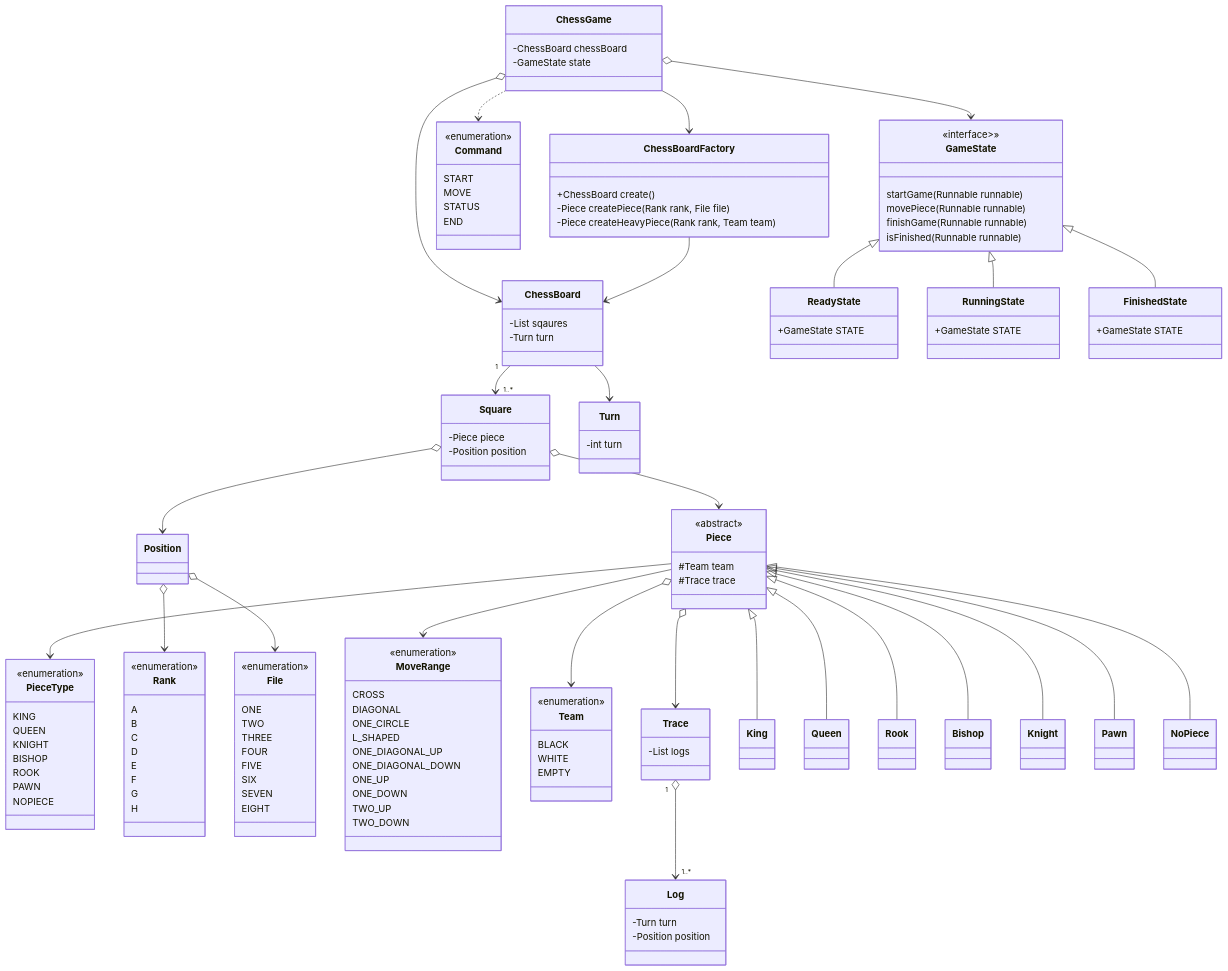
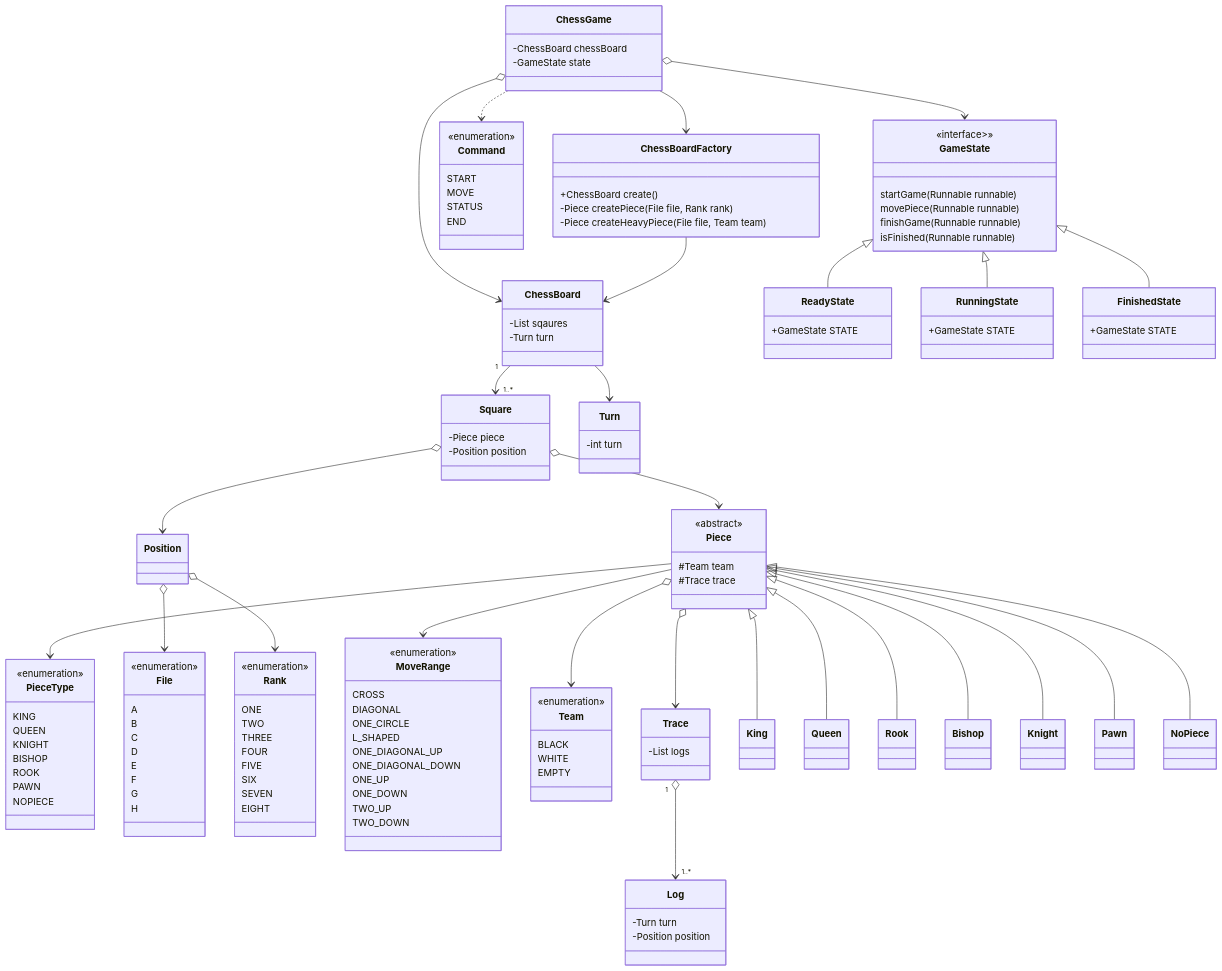
One commit to woowacourse/java-chess changed the third of 6 diagrams in docs/README.md. Above: the diagram before and after it, drawn with Mermaid. The commit also changed 19 other files, not shown here.

```diff
--- a/docs/README.md
+++ b/docs/README.md
@@ -95,8 +95,8 @@
 }
 class ChessBoardFactory{
   +ChessBoard create()
-  -Piece createPiece(Rank rank, File file)
-  -Piece createHeavyPiece(Rank rank, Team team)
+  -Piece createPiece(File file, Rank rank)
+  -Piece createHeavyPiece(File file, Team team)
 }
 class Square{
   -Piece piece
@@ -134,7 +134,7 @@
 
 Position
 
-class Rank{
+class File{
 <<enumeration>>
   A
   B
@@ -146,7 +146,7 @@
   H
 }
 
-class File{
+class Rank{
   <<enumeration>>
   ONE
   TWO
```
